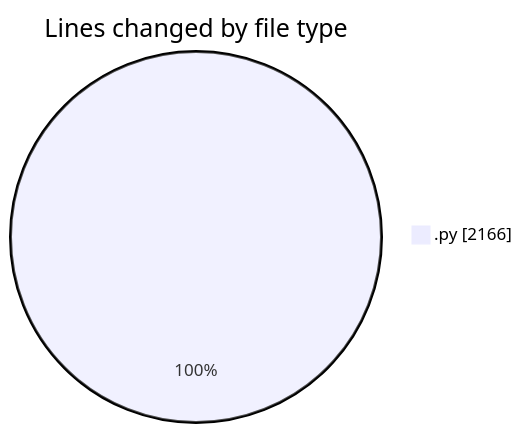
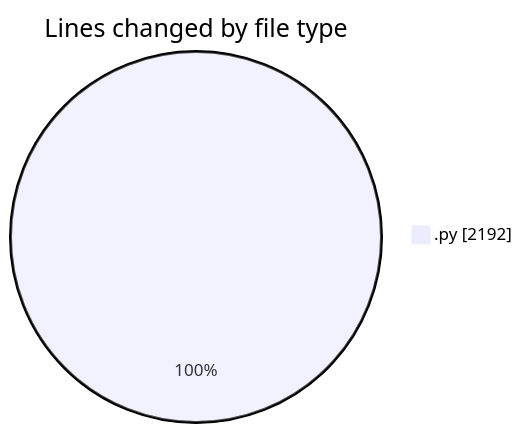
The first of 2 diagrams in 2025-04-19/myws__workspace_/README.md (MatusMokan/code-tracking), drawn with Mermaid before and after one commit. The commit also changed other lines of this file and 1 other file, not shown here.

````diff
--- a/2025-04-19/myws__workspace_/README.md
+++ b/2025-04-19/myws__workspace_/README.md
@@ -24,5 +24,5 @@
 ```mermaid
 pie showData
 title Lines changed by file type
-".py" : 2166
+".py" : 2192
 ```
````
